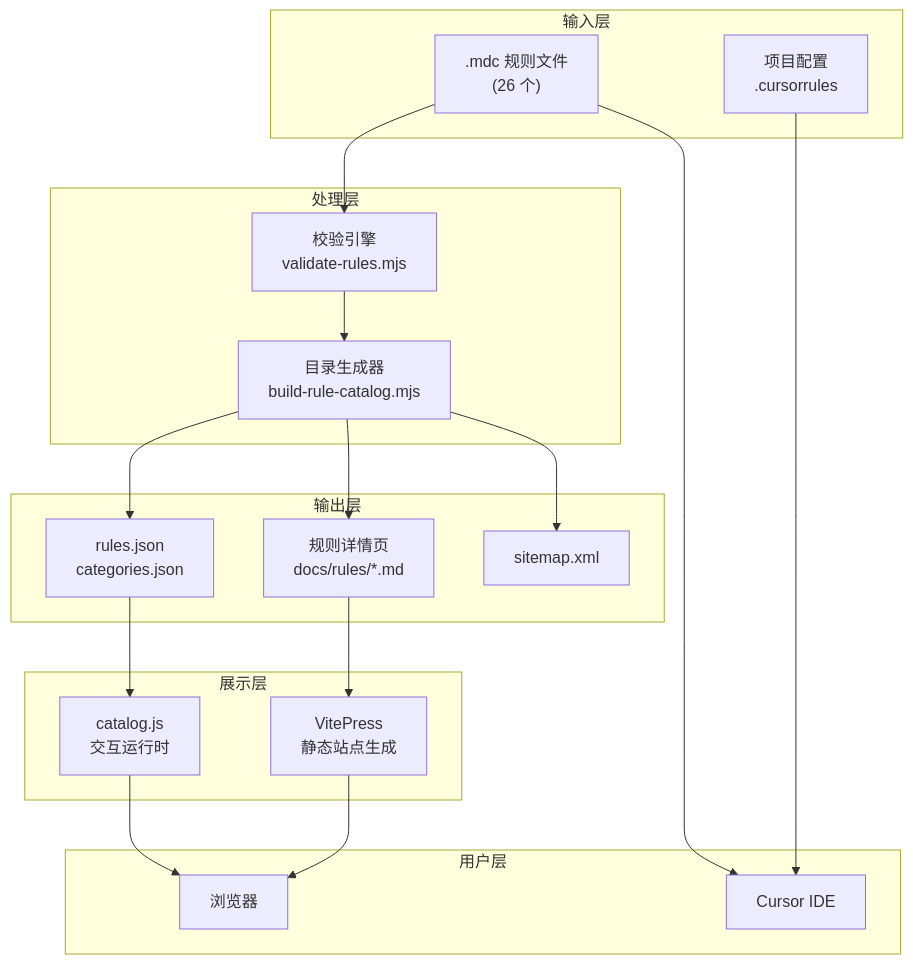
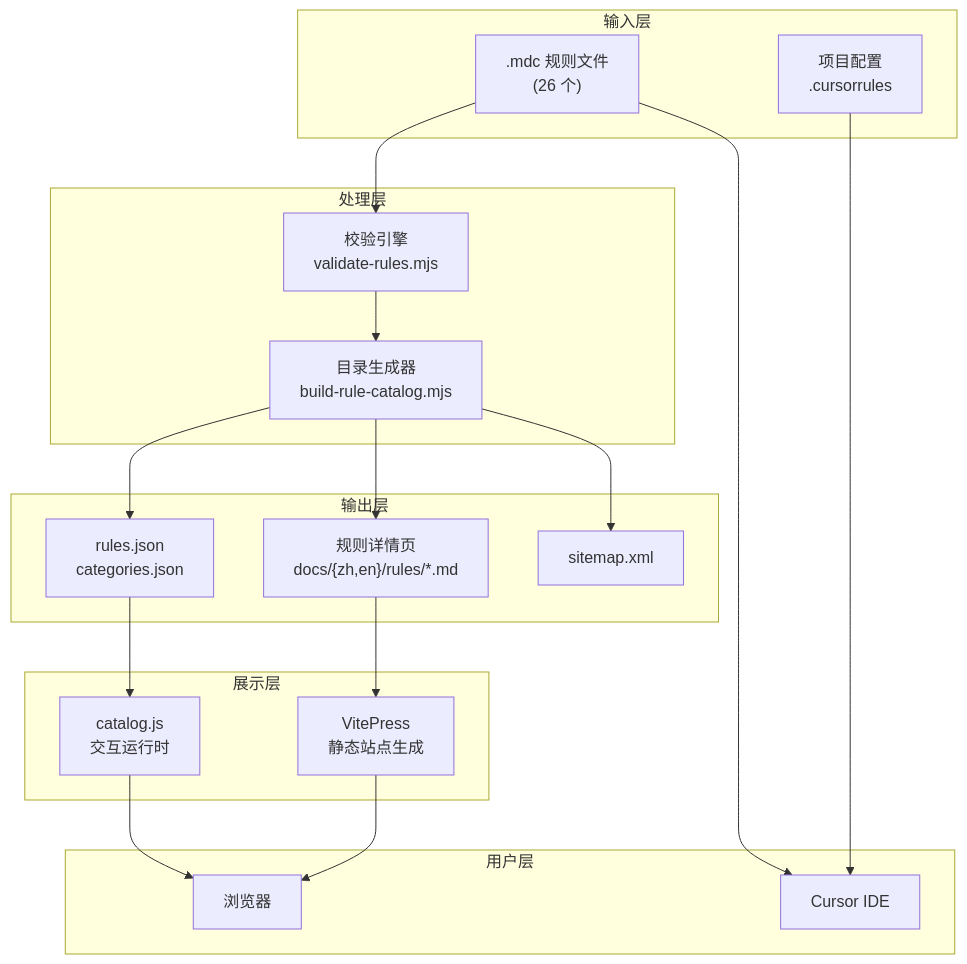
One commit to LessUp/cursor-rules changed the first of 4 diagrams in docs/openspec/data-flow.md. Above: the diagram before and after it, drawn with Mermaid. The commit also changed other lines of this file and 1 other file, not shown here.

````diff
--- a/docs/openspec/data-flow.md
+++ b/docs/openspec/data-flow.md
@@ -9,37 +9,37 @@
 ```mermaid
 flowchart TB
     subgraph Input["输入层"]
         mdc[".mdc 规则文件<br/>(26 个)"]
         config["项目配置<br/>.cursorrules"]
     end
 
     subgraph Processing["处理层"]
         validate["校验引擎<br/>validate-rules.mjs"]
         catalog["目录生成器<br/>build-rule-catalog.mjs"]
     end
 
     subgraph Output["输出层"]
         json["rules.json<br/>categories.json"]
-        pages["规则详情页<br/>docs/rules/*.md"]
+        pages["规则详情页<br/>docs/{zh,en}/rules/*.md"]
         sitemap["sitemap.xml"]
     end
 
     subgraph Presentation["展示层"]
         vitepress["VitePress<br/>静态站点生成"]
         catalog_js["catalog.js<br/>交互运行时"]
     end
 
     subgraph User["用户层"]
         browser["浏览器"]
         cursor["Cursor IDE"]
     end
 
     mdc --> validate --> catalog
     catalog --> json & pages & sitemap
     json --> catalog_js
     pages --> vitepress
     vitepress --> browser
     catalog_js --> browser
     config --> cursor
     mdc --> cursor
 ```
````
